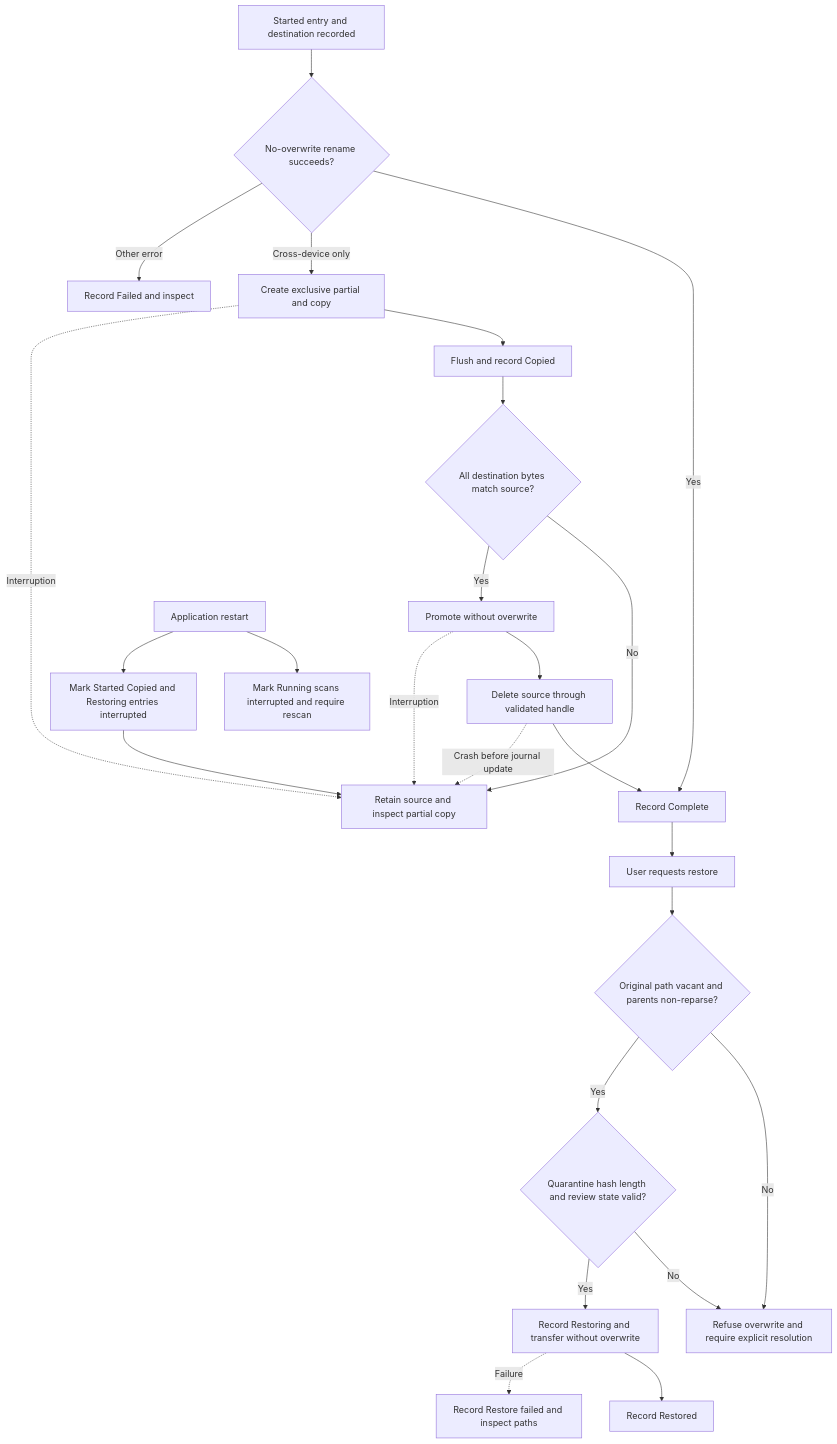
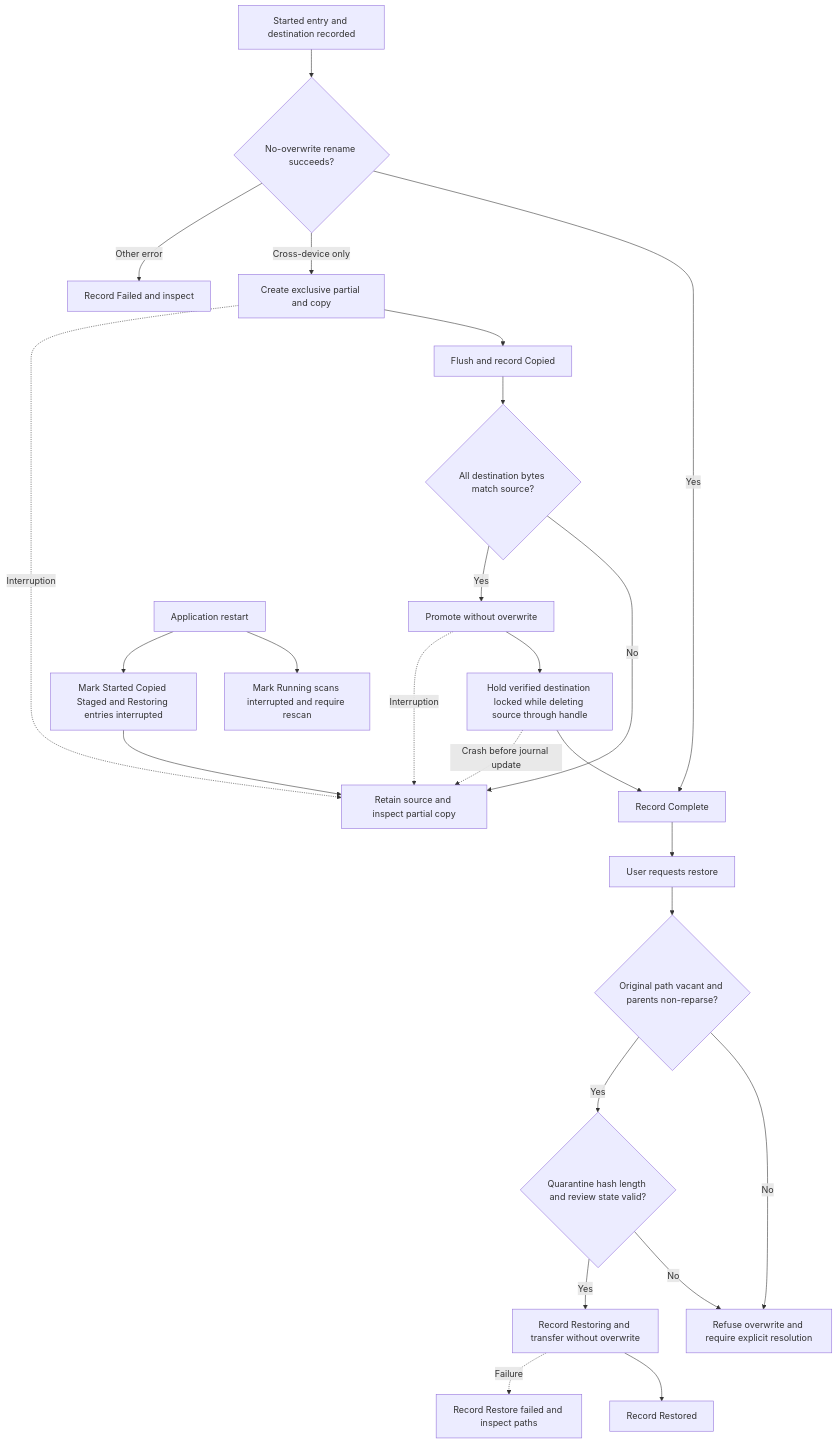
One commit to fazalhassan23/DeDuplicator changed the sixth of 7 diagrams in docs/diagrams.md. Above: the diagram before and after it, drawn with Mermaid. The commit also changed other lines of this file and 51 other files, not shown here.

````diff
--- a/docs/diagrams.md
+++ b/docs/diagrams.md
@@ -116,27 +120,27 @@
 ```mermaid
 flowchart TD
     Begin[Started entry and destination recorded] --> Rename{No-overwrite rename succeeds?}
     Rename -- Yes --> Complete[Record Complete]
     Rename -- Cross-device only --> Copy[Create exclusive partial and copy]
     Copy --> Flush[Flush and record Copied]
     Flush --> Verify{All destination bytes match source?}
     Verify -- No --> Inspect[Retain source and inspect partial copy]
     Verify -- Yes --> Promote[Promote without overwrite]
-    Promote --> Remove[Delete source through validated handle]
+    Promote --> Remove[Hold verified destination locked while deleting source through handle]
     Remove --> Complete
     Rename -- Other error --> Fail[Record Failed and inspect]
     Copy -. Interruption .-> Inspect
     Promote -. Interruption .-> Inspect
     Remove -. Crash before journal update .-> Inspect
     Complete --> Restore[User requests restore]
     Restore --> Vacant{Original path vacant and parents non-reparse?}
     Vacant -- No --> Conflict[Refuse overwrite and require explicit resolution]
     Vacant -- Yes --> Hash{Quarantine hash length and review state valid?}
     Hash -- No --> Conflict
     Hash -- Yes --> Restoring[Record Restoring and transfer without overwrite]
     Restoring --> Restored[Record Restored]
     Restoring -. Failure .-> RestoreFailed[Record Restore failed and inspect paths]
     Startup[Application restart] --> Scans[Mark Running scans interrupted and require rescan]
-    Startup --> InFlight[Mark Started Copied and Restoring entries interrupted]
+    Startup --> InFlight[Mark Started Copied Staged and Restoring entries interrupted]
     InFlight --> Inspect
 ```
````
